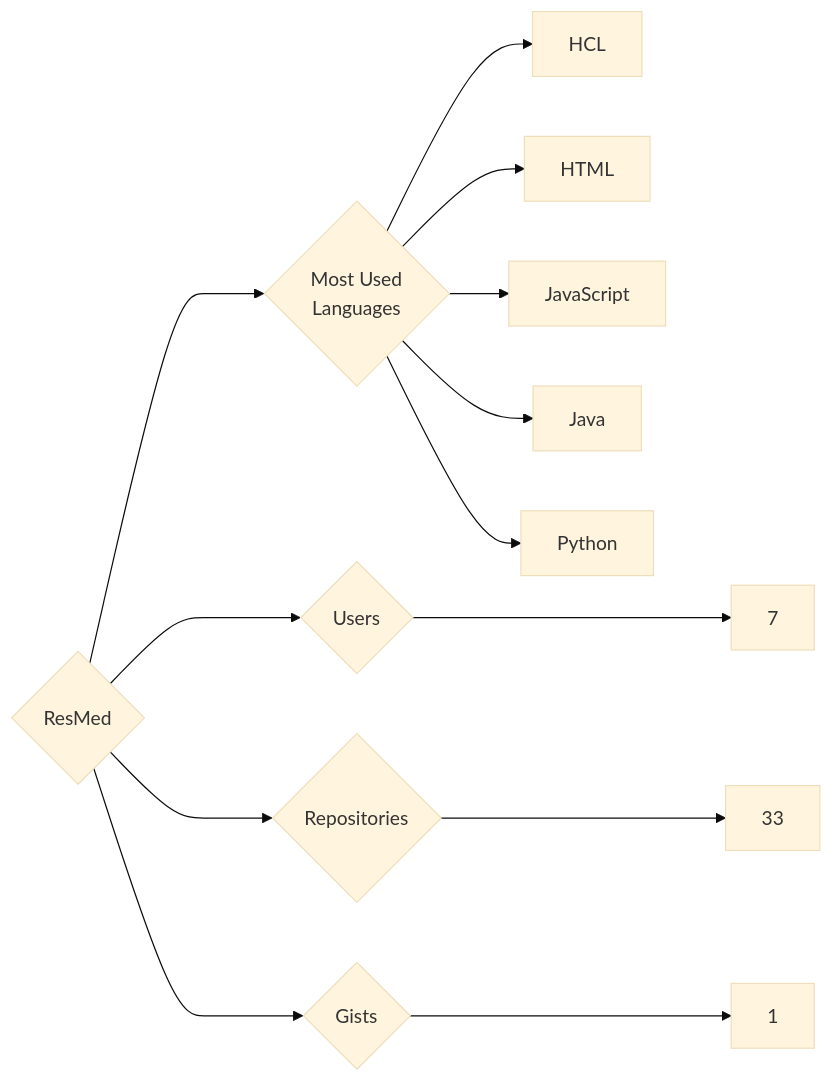
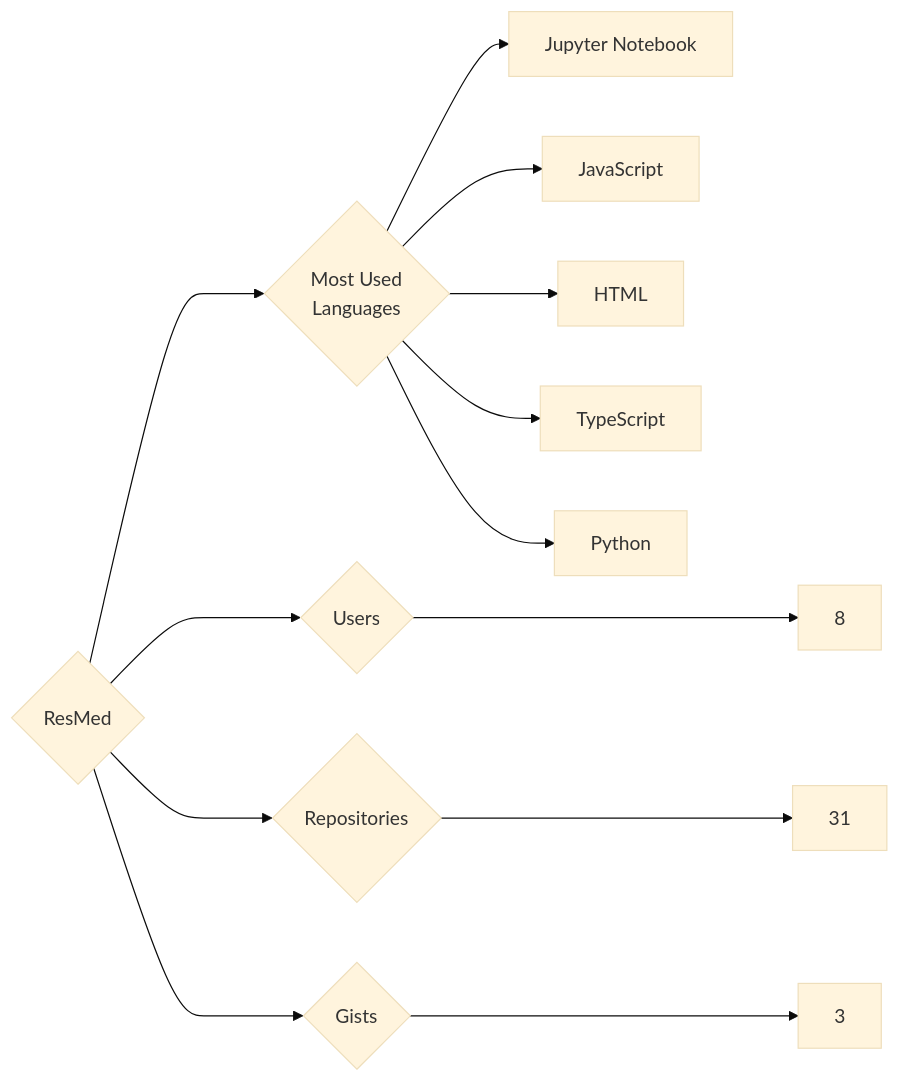
One commit to trickest/insiders changed the diagram in targets/ResMed/README.md. Above: the diagram before and after it, drawn with Mermaid (base theme). The commit also changed 1479 other files, not shown here.

````diff
--- a/targets/ResMed/README.md
+++ b/targets/ResMed/README.md
@@ -3,13 +3,13 @@
 ```mermaid
 graph LR
 COMPANY_NAME{ResMed}
-COMPANY_NAME ---> U{Users} ---> UN[7]
-COMPANY_NAME ---> R{Repositories} ---> RN[33]
-COMPANY_NAME ---> G{Gists} ---> GN[1]
+COMPANY_NAME ---> U{Users} ---> UN[8]
+COMPANY_NAME ---> R{Repositories} ---> RN[31]
+COMPANY_NAME ---> G{Gists} ---> GN[3]
 COMPANY_NAME ---> ML{Most Used<br>Languages}
-ML --> HCL[HCL]
+ML --> Jupyter_Notebook[Jupyter Notebook]
+ML --> JavaScript[JavaScript]
 ML --> HTML[HTML]
-ML --> JavaScript[JavaScript]
-ML --> Java[Java]
+ML --> TypeScript[TypeScript]
 ML --> Python[Python]
 ```
````
